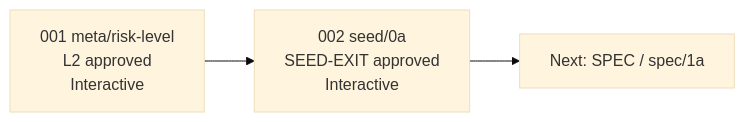
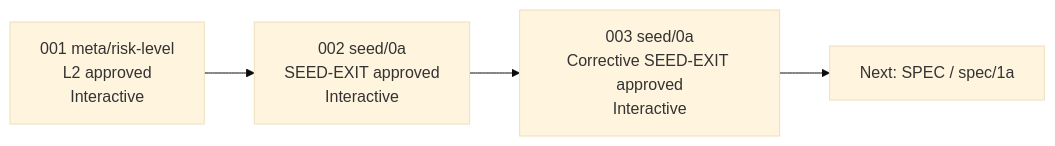
The diagram in twtty/replay-execution/execution-diagram.md (dvazqueb11/demo-agentic-workflow-sample), drawn with Mermaid (base theme) before and after one commit. The commit also changed 2 other files, not shown here.

Commit message:
Record corrected SEED-EXIT approval

````diff
--- a/twtty/replay-execution/execution-diagram.md
+++ b/twtty/replay-execution/execution-diagram.md
@@ -5,8 +5,9 @@
 ```mermaid
 flowchart LR
     R["001 meta/risk-level<br/>L2 approved<br/>Interactive"]
     S["002 seed/0a<br/>SEED-EXIT approved<br/>Interactive"]
+    C["003 seed/0a<br/>Corrective SEED-EXIT approved<br/>Interactive"]
     N["Next: SPEC / spec/1a"]
 
-    R --> S --> N
+    R --> S --> C --> N
 ```
````
